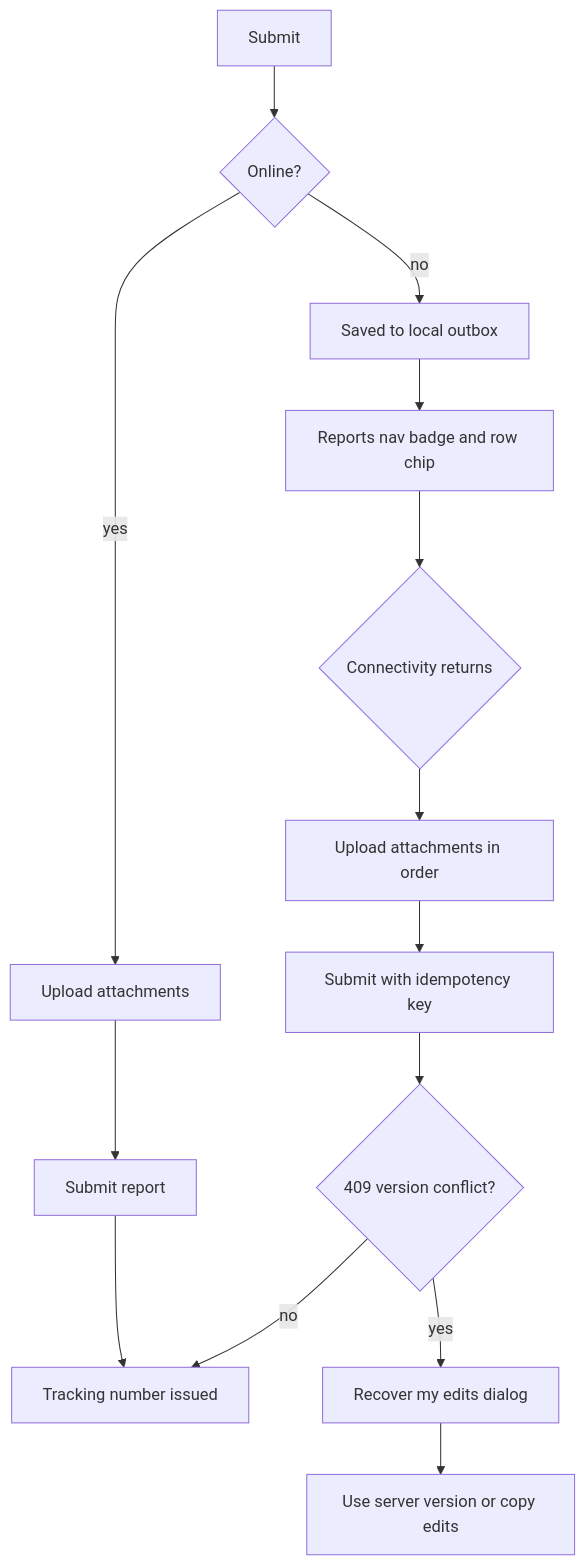
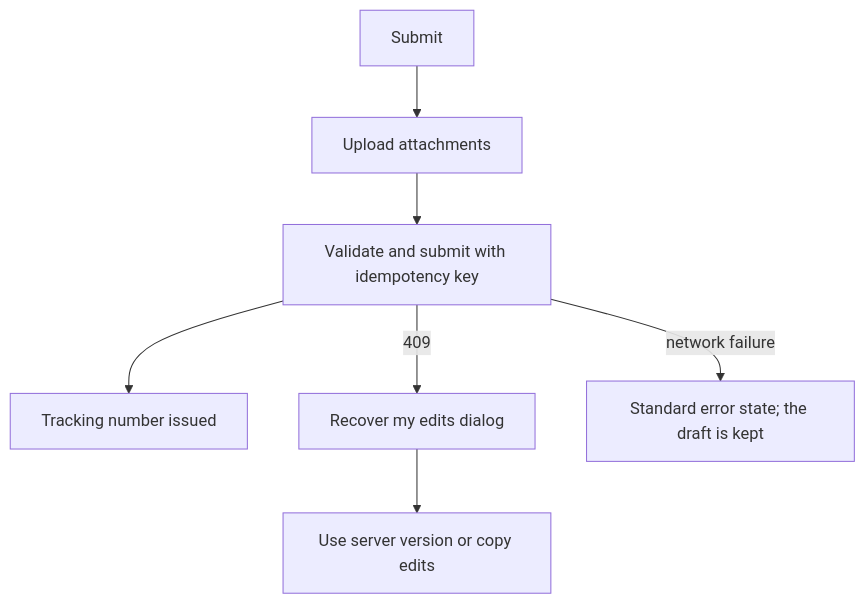
One commit to Drakaniia/ovpcasss_par changed the third of 4 diagrams in docs/spec/par-ui-ux-spec.md. Above: the diagram before and after it, drawn with Mermaid. The commit also changed other lines of this file and 11 other files, not shown here.

````diff
--- a/docs/spec/par-ui-ux-spec.md
+++ b/docs/spec/par-ui-ux-spec.md
@@ -949,16 +948,9 @@
 ```mermaid
 flowchart TD
-  A[Submit] --> B{Online?}
-  B -- yes --> C[Upload attachments]
-  C --> D[Submit report]
-  D --> E[Tracking number issued]
-  B -- no --> F[Saved to local outbox]
-  F --> G[Reports nav badge and row chip]
-  G --> H{Connectivity returns}
-  H --> I[Upload attachments in order]
-  I --> J[Submit with idempotency key]
-  J --> K{409 version conflict?}
-  K -- no --> E
-  K -- yes --> L[Recover my edits dialog]
-  L --> M[Use server version or copy edits]
+  A[Submit] --> B[Upload attachments]
+  B --> C[Validate and submit with idempotency key]
+  C --> D[Tracking number issued]
+  C -- 409 --> E[Recover my edits dialog]
+  E --> F[Use server version or copy edits]
+  C -- network failure --> G[Standard error state; the draft is kept]
 ```
````
